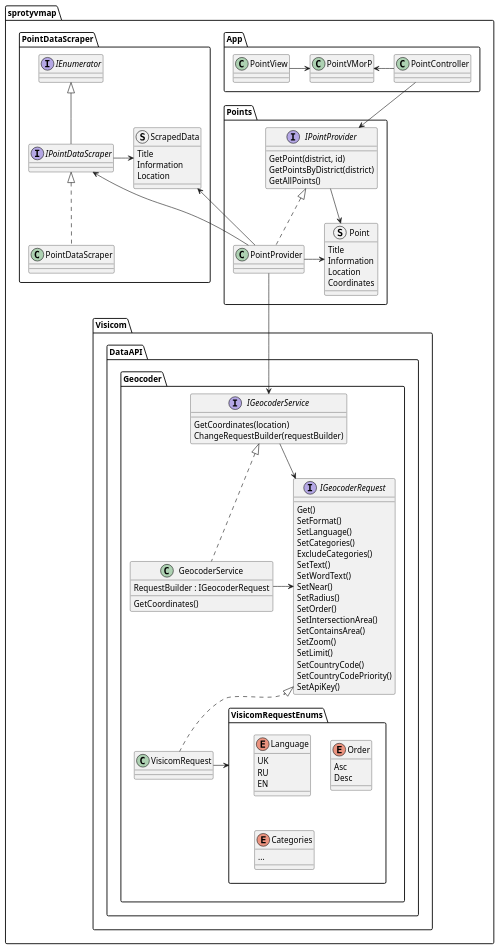
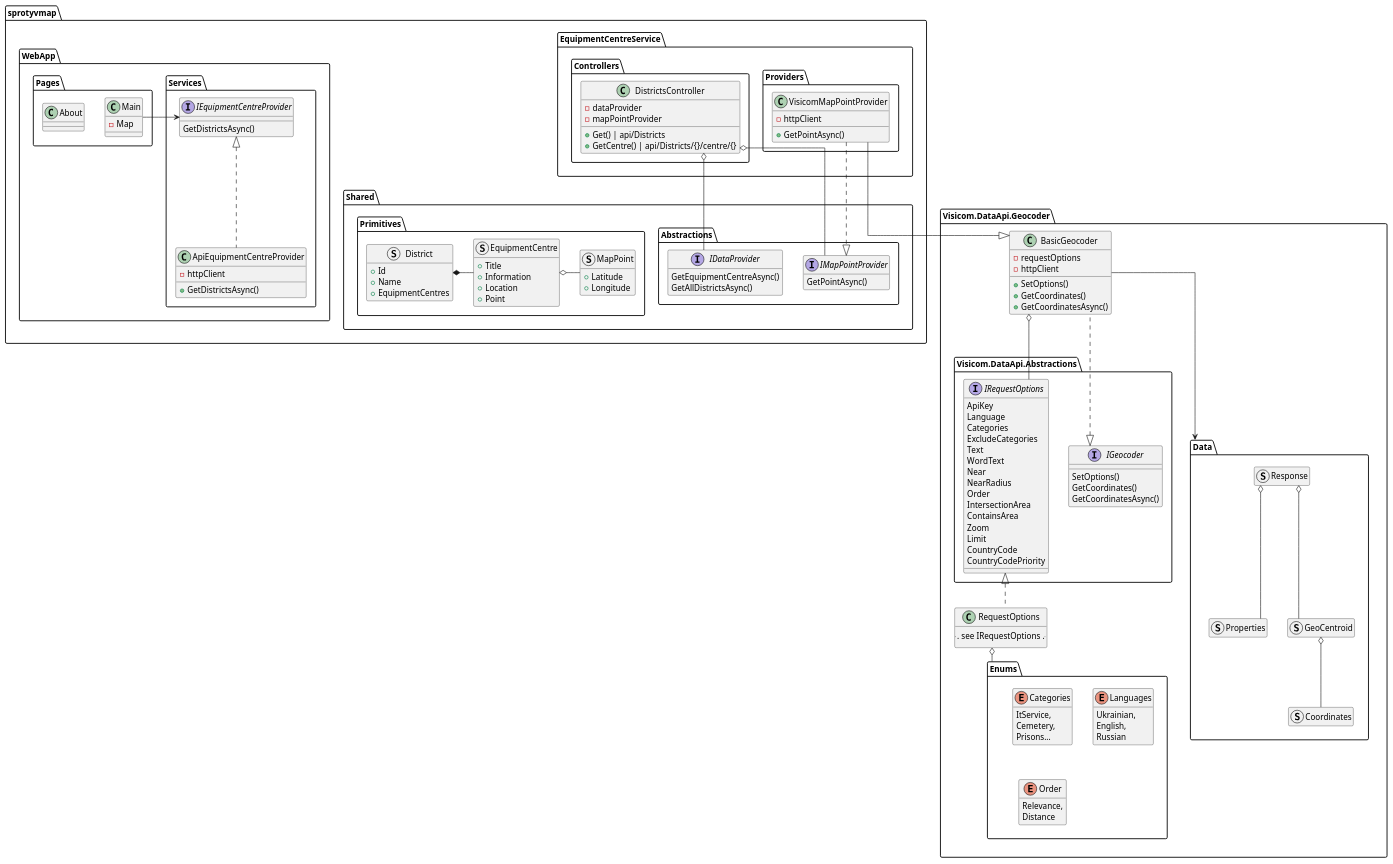
Before and after one commit to WhatTheTea/sprotyvmap: the diagram in docs/sprotyvmap.puml, drawn with PlantUML.

```diff
--- a/docs/sprotyvmap.puml
+++ b/docs/sprotyvmap.puml
@@ -1,94 +1,177 @@
 @startuml sprotyvmap
+skinparam linetype ortho
 package sprotyvmap
 {
-    package Points
+    package Shared
     {
-        interface IPointProvider {
-            GetPoint(district, id)
-            GetPointsByDistrict(district)
-            GetAllPoints()
+        package Abstractions
+        {
+            hide fields
+            interface IDataProvider
+            {
+                GetEquipmentCentreAsync()
+                GetAllDistrictsAsync()
+            }
+            interface IMapPointProvider
+            {
+                GetPointAsync()
+            }
         }
-        struct Point {
-            {field} Title
-            Information
-            Location
-            Coordinates
+        package Primitives
+        {
+            hide methods
+            struct District
+            {
+                +Id
+                +Name
+                +EquipmentCentres
+            }
+            struct EquipmentCentre
+            {
+                +Title
+                +Information
+                +Location
+                +Point
+            }
+            struct MapPoint
+            {
+                +Latitude
+                +Longitude
+            }
         }
-        IPointProvider -> Point
-        class PointProvider implements IPointProvider
-        PointProvider -> Point
+        District *- EquipmentCentre
+        EquipmentCentre o- MapPoint
+
     }
-    package App
+    package EquipmentCentreService
     {
-        PointController --> IPointProvider
-        PointVMorP <- PointController
-        PointView -> PointVMorP
+        package Controllers
+        {
+            class DistrictsController
+            {
+                -dataProvider
+                -mapPointProvider
+                +Get() | api/Districts
+                +GetCentre() | api/Districts/{}/centre/{}
+            }
+            DistrictsController o-- IDataProvider
+            DistrictsController o- IMapPointProvider
+        }
+        package Providers
+        {
+            class VisicomMapPointProvider
+            {
+                -httpClient
+                +GetPointAsync()
+            }
+            VisicomMapPointProvider ..|> IMapPointProvider
+        }
+
     }
-    package PointDataScraper
+    package WebApp
     {
-        struct ScrapedData {
-            {field}Title
-            Information
-            Location
+
+        package Services
+        {
+            interface IEquipmentCentreProvider
+            {
+                GetDistrictsAsync()
+            }
+            class ApiEquipmentCentreProvider implements IEquipmentCentreProvider
+            {
+                -httpClient
+                +GetDistrictsAsync()
+            }
         }
-        ScrapedData <-- PointProvider
-        IPointDataScraper <- PointProvider
-        IPointDataScraper -> ScrapedData
-        interface IPointDataScraper implements IEnumerator
-        class PointDataScraper implements IPointDataScraper
+        package Pages
+        {
+            class About
+            class Main
+            {
+                -Map
+            }
+        }
+        Main -left-> IEquipmentCentreProvider
     }
-
-    package Visicom.DataAPI.Geocoder
+}
+set separator none
+package Visicom.DataApi.Geocoder
+{
+    package Visicom.DataApi.Abstractions
     {
-        interface IGeocoderService {
-            GetCoordinates(location)
-            ChangeRequestBuilder(requestBuilder)
+        interface IGeocoder
+        {
+            SetOptions()
+            GetCoordinates()
+            GetCoordinatesAsync()
         }
-        IGeocoderService -> IGeocoderRequest
-        interface IGeocoderRequest {
-            Get()
-            SetFormat()
-            SetLanguage()
-            SetCategories()
-            ExcludeCategories()
-            SetText()
-            SetWordText()
-            SetNear()
-            SetRadius()
-            SetOrder()
-            SetIntersectionArea()
-            SetContainsArea()
-            SetZoom()
-            SetLimit()
-            SetCountryCode()
-            SetCountryCodePriority()
-            SetApiKey()
+        interface IRequestOptions
+        {
+            ApiKey
+            Language
+            Categories
+            ExcludeCategories
+            Text
+            WordText
+            Near
+            NearRadius
+            Order
+            IntersectionArea
+            ContainsArea
+            Zoom
+            Limit
+            CountryCode
+            CountryCodePriority
         }
-        class GeocoderService implements IGeocoderService{
-            RequestBuilder : IGeocoderRequest
-            GetCoordinates()
+    }
+    package Data
+    {
+        hide members
+        struct Response
+        struct Properties
+        struct GeoCentroid
+        struct Coordinates
+        Response o-- GeoCentroid
+        Response o-- Properties
+        GeoCentroid o-- Coordinates
+    }
+    package Enums
+    {
+        hide methods
+        enum Categories
+        {
+            ItService,
+            Cemetery,
+            Prisons...
         }
-        GeocoderService -> IGeocoderRequest
-        PointProvider -down-> IGeocoderService
-            package VisicomRequestEnums {
-                enum Language {
-                    UK
-                    RU
-                    EN
-                }
-                enum Order {
-                    Asc
-                    Desc
-                }
-                enum Categories {
-                    ...
-                }
-            }
-            class VisicomRequest implements IGeocoderRequest{
-
-            }
-            VisicomRequest -> VisicomRequestEnums
+        enum Languages
+        {
+            Ukrainian,
+            English,
+            Russian
+        }
+        enum Order
+        {
+            Relevance,
+            Distance
+        }
     }
+    class BasicGeocoder implements IGeocoder
+    {
+        -requestOptions
+        -httpClient
+        +SetOptions()
+        +GetCoordinates()
+        +GetCoordinatesAsync()
+    }
+    class RequestOptions implements IRequestOptions
+    {
+        ... see IRequestOptions ...
+    }
+    RequestOptions o-- Enums
+    BasicGeocoder --> Data
+    BasicGeocoder o-- IRequestOptions
+    VisicomMapPointProvider --|> BasicGeocoder
 }
 
 @enduml
```
